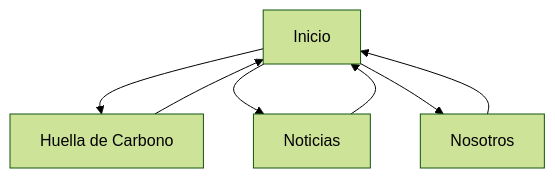
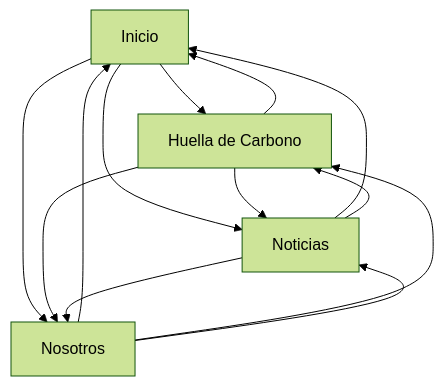
The diagram in README.md (YunoSD/proyectoMano), drawn with Mermaid (forest theme) before and after one commit.

````diff
--- a/README.md
+++ b/README.md
@@ -27,9 +27,15 @@
 ```mermaid
 flowchart TD
     A[Inicio] --> B[Huella de Carbono]
     A --> C[Noticias]
     A --> D[Nosotros]
+    B --> C
+    B --> D
     B --> A
     C --> A
+    C --> B
+    C --> D
     D --> A
+    D --> B
+    D --> C
 ```
````
